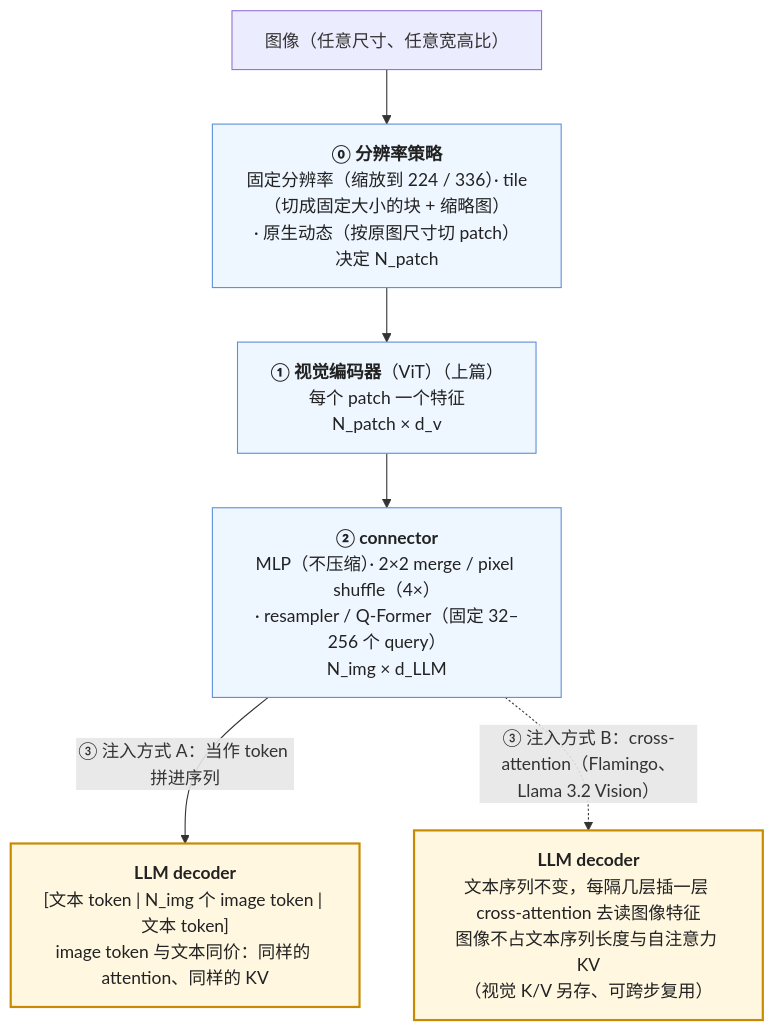
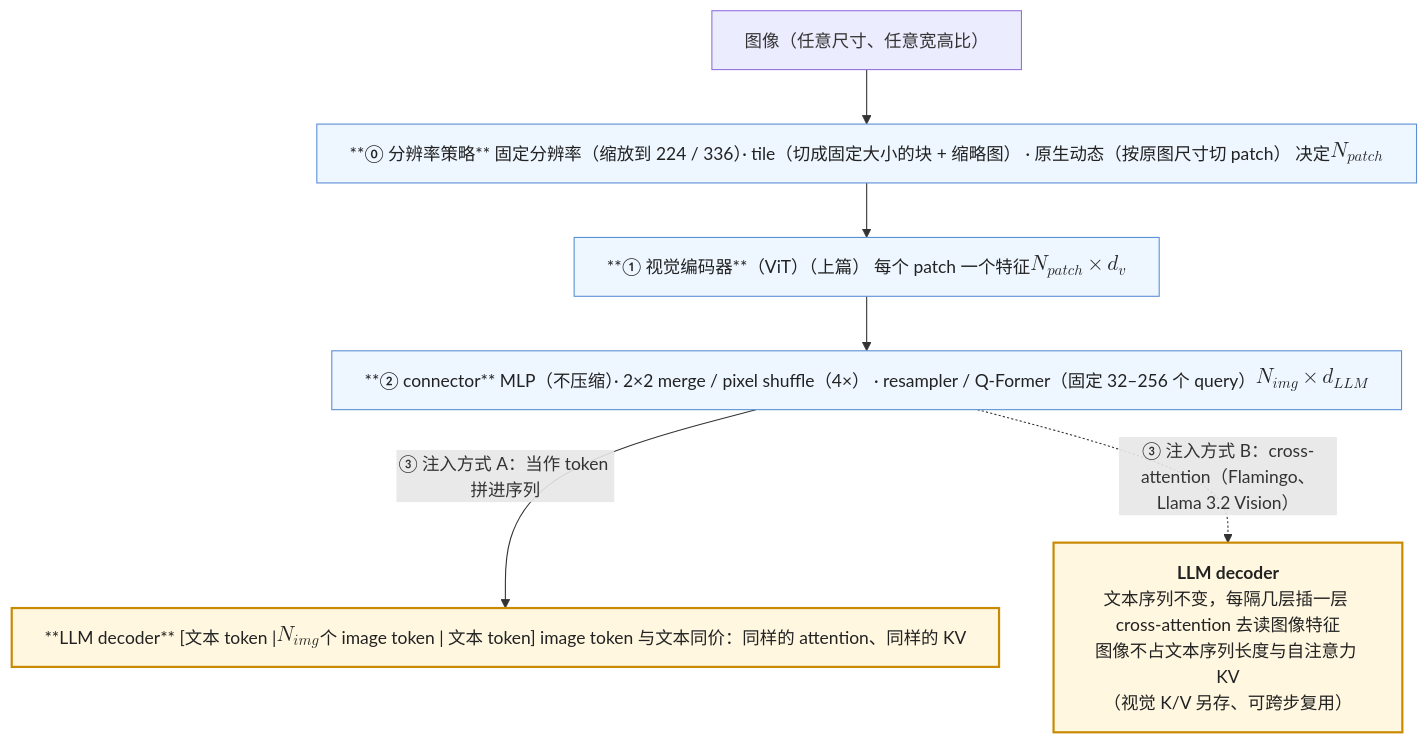
One commit to arganzheng/arganzheng.github.com changed the diagram in _posts/2026-05-04-vlm-architecture-connectors-injection-and-dynamic-resolution.md. Above: the diagram before and after it, drawn with Mermaid.

Commit message:
多模态（02）：VLM 的结构（下）：connector、注入方式与分辨率策略：Mermaid 伪公式改用 KaTeX
Mermaid 里的伪公式（Unicode 上下标、下划线下标、ᵀ、帽子 / 波浪号、希腊字母变量）改为 $$…$$，按正文的写法排版：
- $$N_{patch}$$
- $$N_{patch} \times d_v$$
- $$N_{img} \times d_{LLM}$$
- $$N_{img}$$

代码名、形状写法、只有 ² 的写法保持原样。

````diff
--- a/_posts/2026-05-04-vlm-architecture-connectors-injection-and-dynamic-resolution.md
+++ b/_posts/2026-05-04-vlm-architecture-connectors-injection-and-dynamic-resolution.md
@@ -44,28 +44,28 @@
 ```mermaid
 %%{init: {"flowchart": {"wrappingWidth": 260}}}%%
 %% 图：VLM 的四个部件：分辨率策略 → 视觉编码器 → connector → 注入 LLM decoder，注入方式有拼进序列与 cross-attention 两种
 flowchart TB
     IMG["图像（任意尺寸、任意宽高比）"] --> RES["`**⓪ 分辨率策略**
 固定分辨率（缩放到 224 / 336）· tile（切成固定大小的块 + 缩略图）
 · 原生动态（按原图尺寸切 patch）
-决定 N_patch`"]
+决定 $$N_{patch}$$`"]
     RES --> ENC["`**① 视觉编码器**（ViT）（上篇）
 每个 patch 一个特征
-N_patch × d_v`"]
+$$N_{patch} \times d_v$$`"]
     ENC --> CON["`**② connector**
 MLP（不压缩）· 2×2 merge / pixel shuffle（4×）
 · resampler / Q-Former（固定 32–256 个 query）
-N_img × d_LLM`"]
+$$N_{img} \times d_{LLM}$$`"]
     CON -- "③ 注入方式 A：当作 token 拼进序列" --> SEQ["`**LLM decoder**
-[文本 token | N_img 个 image token | 文本 token]
+[文本 token | $$N_{img}$$ 个 image token | 文本 token]
 image token 与文本同价：同样的 attention、同样的 KV`"]
     CON -. "③ 注入方式 B：cross-attention（Flamingo、Llama 3.2 Vision）" .-> XA["`**LLM decoder**
 文本序列不变，每隔几层插一层 cross-attention 去读图像特征
 图像不占文本序列长度与自注意力 KV
 （视觉 K/V 另存、可跨步复用）`"]
 
     classDef enc fill:#eef6ff,stroke:#5b8fd6,color:#222
     classDef llm fill:#fff7e0,stroke:#c98a00,stroke-width:2px,color:#222
     class RES,ENC,CON enc
     class SEQ,XA llm
 ```
````
